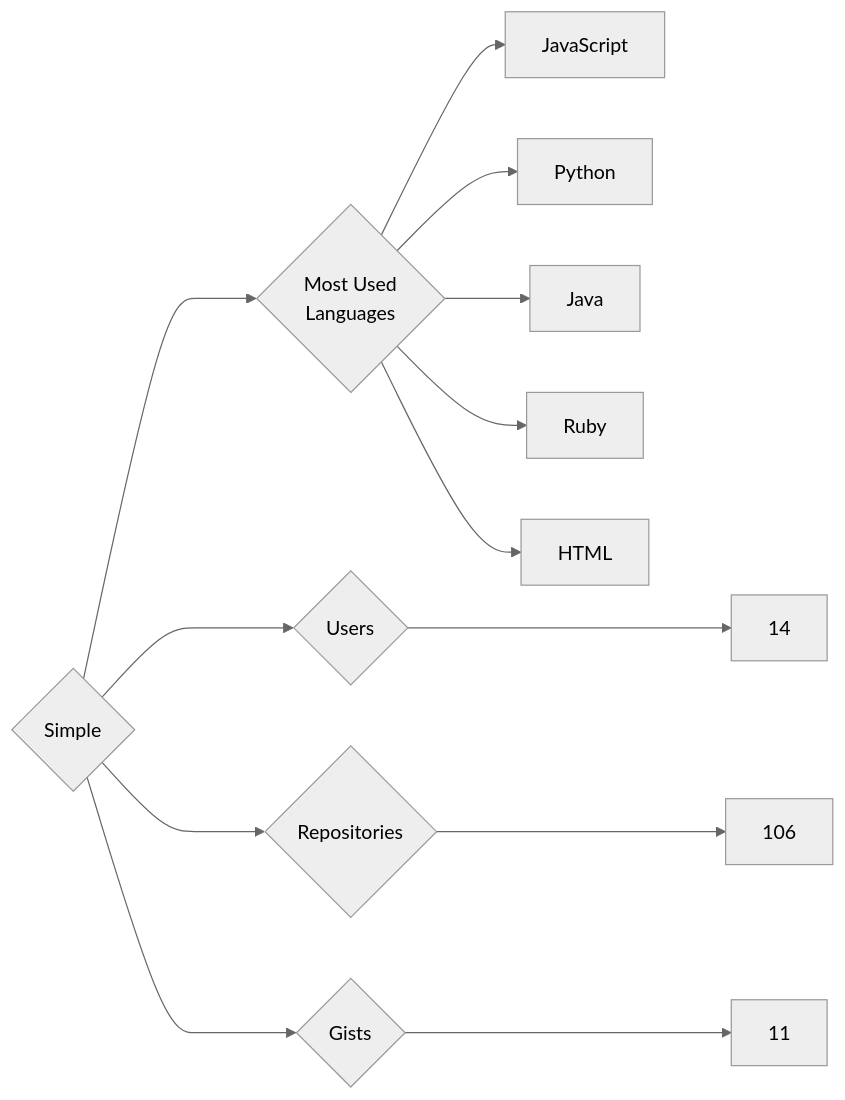
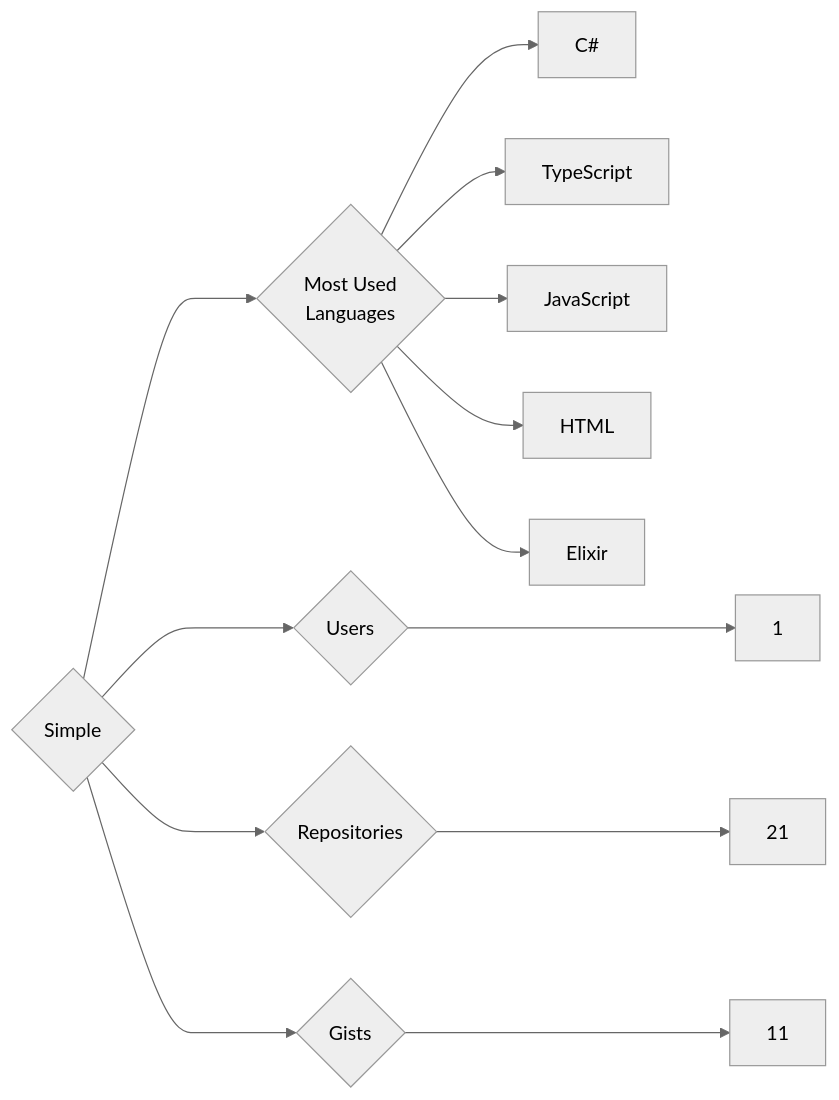
Before and after one commit to trickest/insiders: the diagram in targets/Simple/README.md, drawn with Mermaid (neutral theme). The commit also changed 796 other files, not shown here.

````diff
--- a/targets/Simple/README.md
+++ b/targets/Simple/README.md
@@ -3,13 +3,13 @@
 ```mermaid
 graph LR
 COMPANY_NAME{Simple}
-COMPANY_NAME ---> U{Users} ---> UN[14]
-COMPANY_NAME ---> R{Repositories} ---> RN[106]
+COMPANY_NAME ---> U{Users} ---> UN[1]
+COMPANY_NAME ---> R{Repositories} ---> RN[21]
 COMPANY_NAME ---> G{Gists} ---> GN[11]
 COMPANY_NAME ---> ML{Most Used<br>Languages}
+ML --> C#[C#]
+ML --> TypeScript[TypeScript]
 ML --> JavaScript[JavaScript]
-ML --> Python[Python]
-ML --> Java[Java]
-ML --> Ruby[Ruby]
 ML --> HTML[HTML]
+ML --> Elixir[Elixir]
 ```
````
